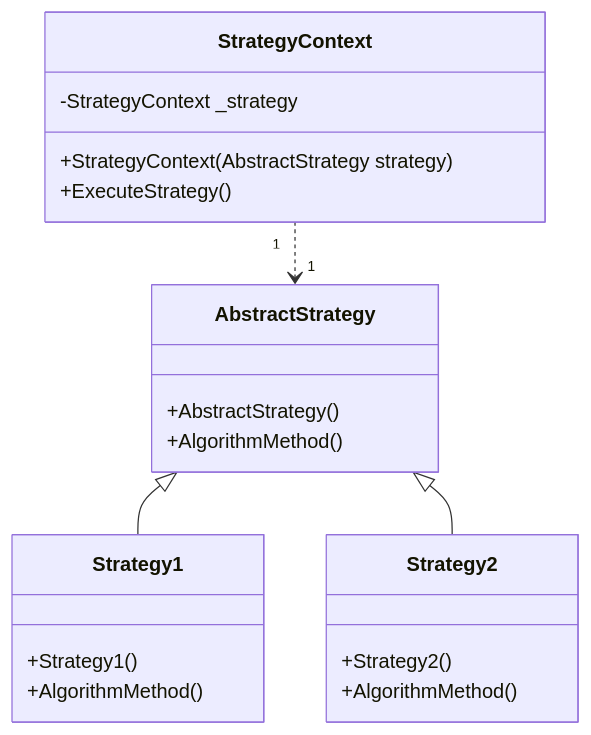
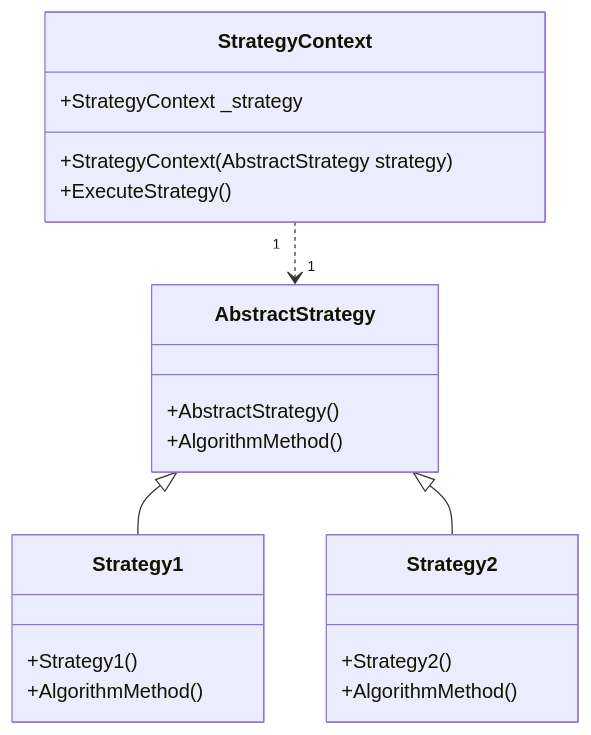
The first of 2 diagrams in design_pattern/strategy.md (thunderstormwang/CodingNote), drawn with Mermaid before and after one commit. The commit also changed other lines of this file and 10 other files, not shown here.

````diff
--- a/design_pattern/strategy.md
+++ b/design_pattern/strategy.md
@@ -3,27 +7,27 @@
 ```mermaid
 classDiagram
 class StrategyContext {
-    -StrategyContext _strategy
+    +StrategyContext _strategy
     +StrategyContext(AbstractStrategy strategy)
     +ExecuteStrategy()
 }
 
 class AbstractStrategy {
     +AbstractStrategy()
     +AlgorithmMethod()
 }
 
 class Strategy1 {
     +Strategy1()
     +AlgorithmMethod()
 }
 
 class Strategy2 {
     +Strategy2()
     +AlgorithmMethod()
 }
 
 StrategyContext "1" ..> "1" AbstractStrategy
 AbstractStrategy <|-- Strategy1
 AbstractStrategy <|-- Strategy2
 ```
````
